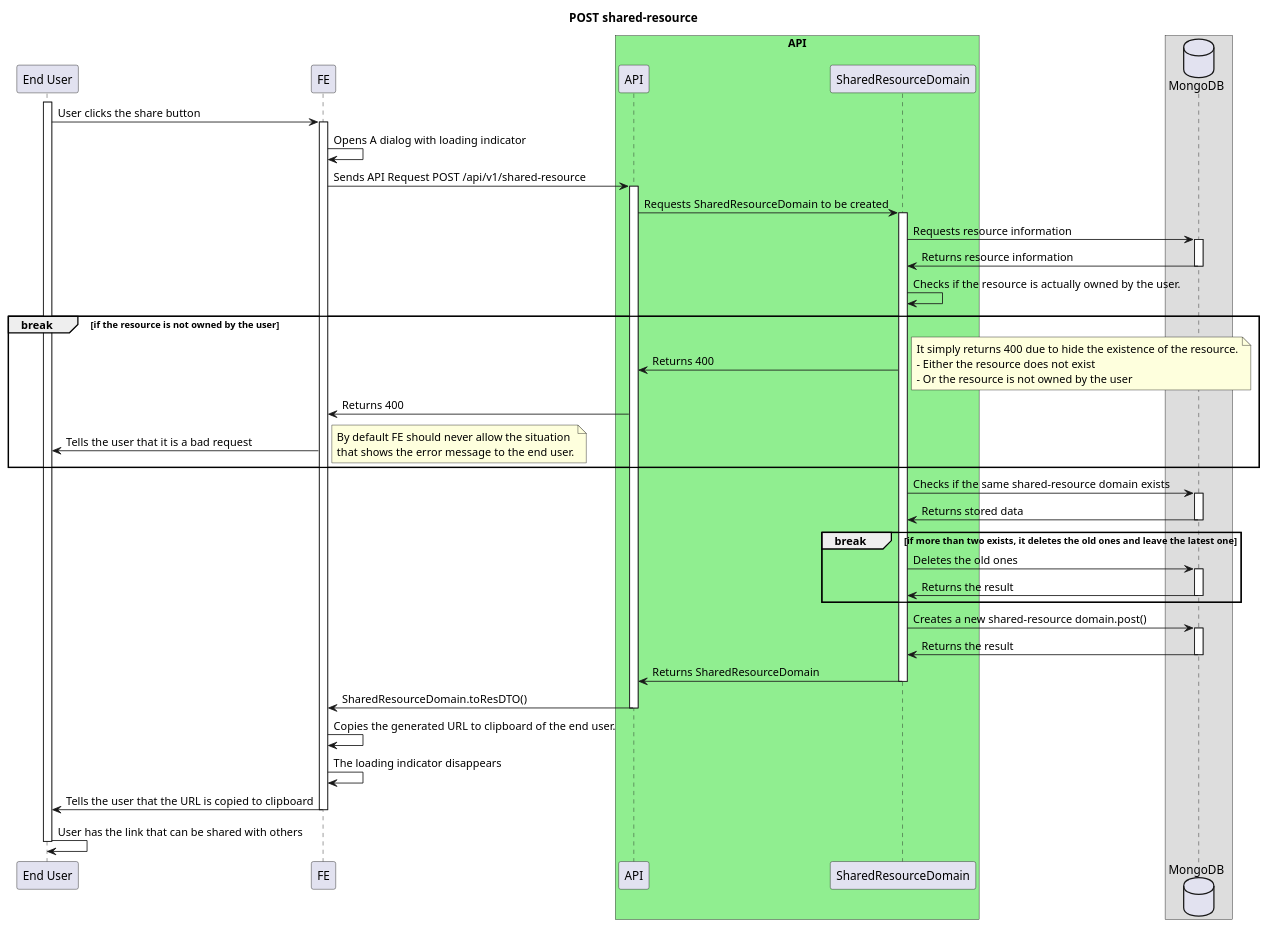
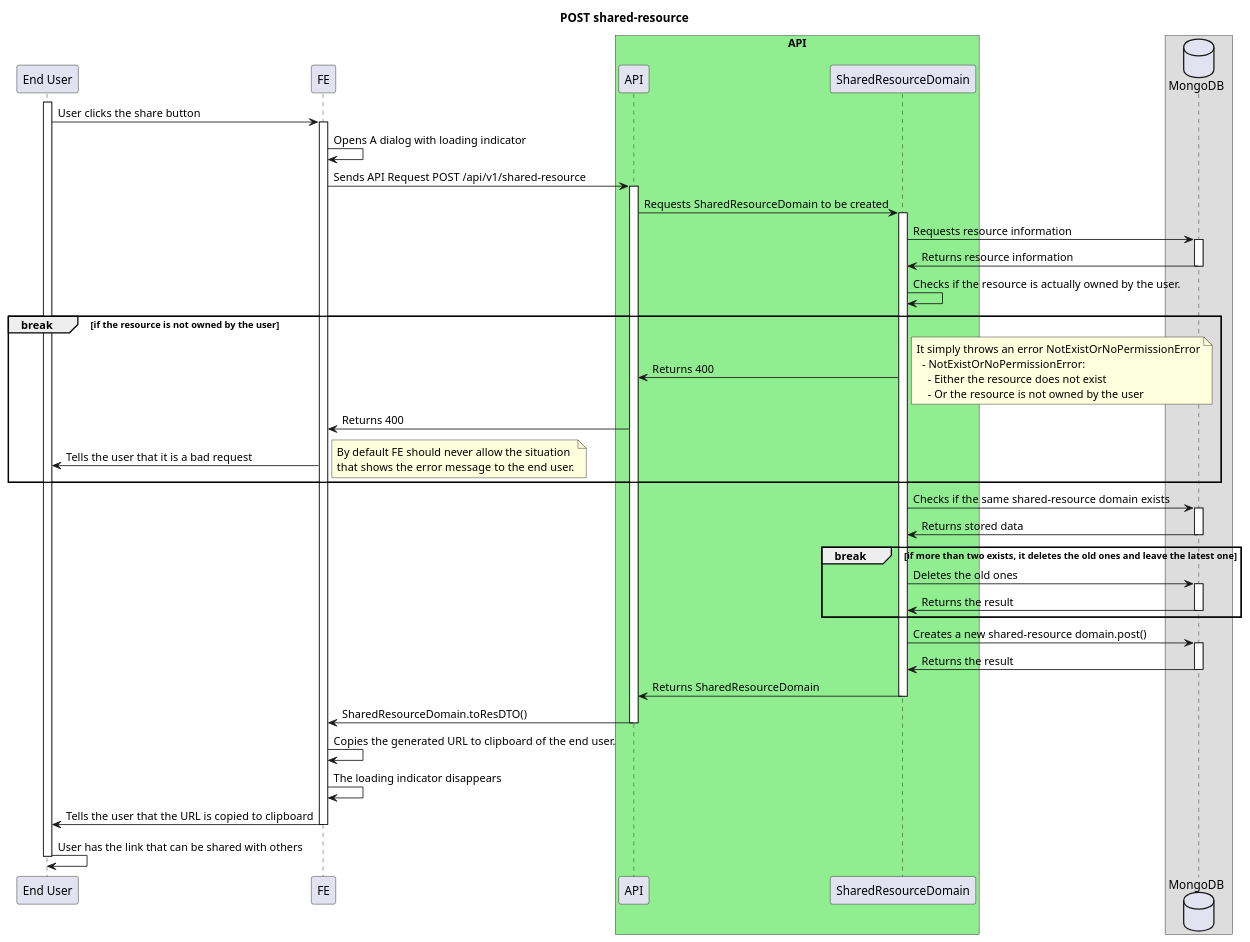
One commit to ajktown/docs changed the first of 2 diagrams in api/share-feature.md. Above: the diagram before and after it, drawn with PlantUML.

````diff
--- a/api/share-feature.md
+++ b/api/share-feature.md
@@ -20,68 +20,69 @@
 ```plantuml
 
 @startuml
 
 title POST shared-resource
 
 participant "End User" as user
 participant "FE" as fe
 box "API" #Lightgreen
   participant "API" as api
   participant "SharedResourceDomain" as domain
 box
 database "MongoDB" as db
 
 activate user
   user -> fe: User clicks the share button
   activate fe
     fe -> fe: Opens A dialog with loading indicator
     fe -> api: Sends API Request POST /api/v1/shared-resource
     activate api
       api -> domain: Requests SharedResourceDomain to be created
       activate domain
         domain -> db: Requests resource information
         activate db
           domain <- db: Returns resource information
         deactivate db
         domain -> domain: Checks if the resource is actually owned by the user.
         break if the resource is not owned by the user
           api <- domain: Returns 400
           note right
-            It simply returns 400 due to hide the existence of the resource.
-            - Either the resource does not exist
-            - Or the resource is not owned by the user
+            It simply throws an error NotExistOrNoPermissionError
+              - NotExistOrNoPermissionError:
+                - Either the resource does not exist
+                - Or the resource is not owned by the user
           end note
           fe <- api: Returns 400
           user <- fe: Tells the user that it is a bad request
           note right
             By default FE should never allow the situation
             that shows the error message to the end user.
           end note
         end break
         domain -> db: Checks if the same shared-resource domain exists
         activate db
           domain <- db: Returns stored data
         deactivate db
         break if more than two exists, it deletes the old ones and leave the latest one
           domain -> db: Deletes the old ones
           activate db
             domain <- db: Returns the result
           deactivate db
         end break
         domain -> db: Creates a new shared-resource domain.post()
         activate db
           domain <- db: Returns the result
         deactivate db
         api <- domain: Returns SharedResourceDomain
       deactivate domain
       fe <- api: SharedResourceDomain.toResDTO()
     deactivate api
   fe -> fe: Copies the generated URL to clipboard of the end user.
   fe -> fe: The loading indicator disappears
   user <- fe: Tells the user that the URL is copied to clipboard
   deactivate fe
   user -> user: User has the link that can be shared with others
 deactivate user
 
 
 ```
````
